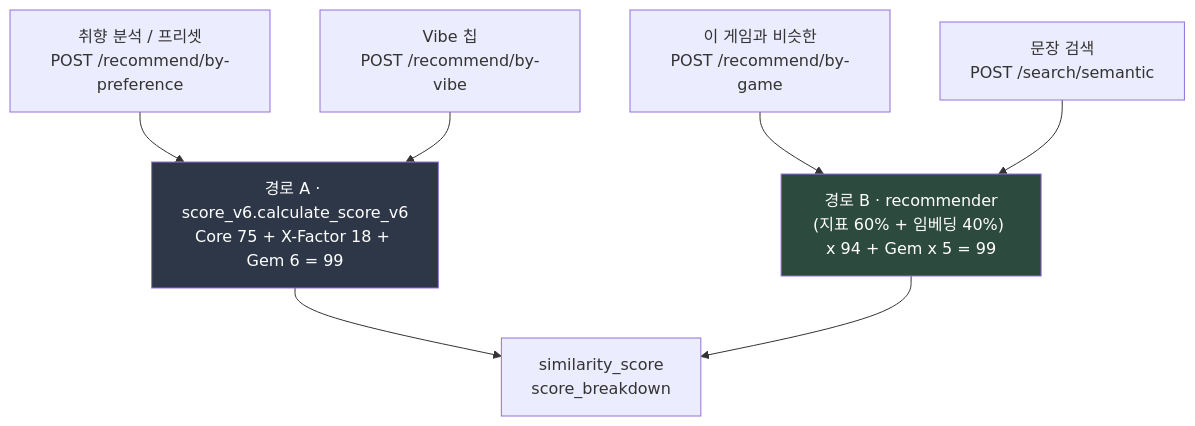
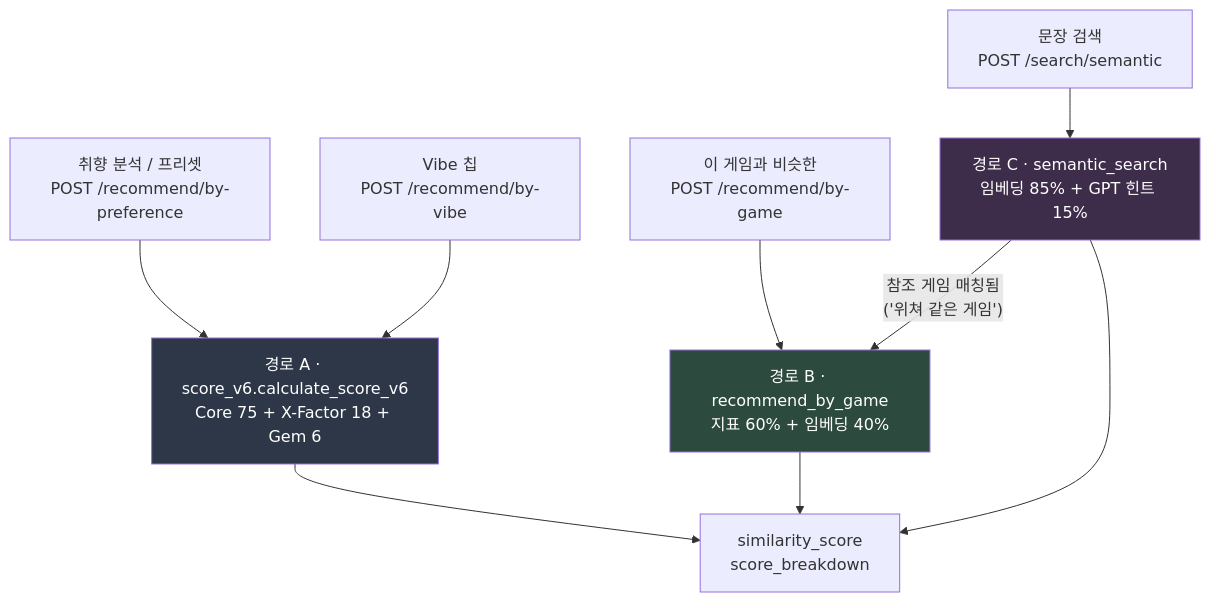
One commit to juntae0123/hidden-gem changed the first of 10 diagrams in docs/scoring_mechanism_asis.md. Above: the diagram before and after it, drawn with Mermaid. The commit also changed other lines of this file and 1 other file, not shown here.

First line of the commit message:
feat(snapshot): 점수 구성요소 분산 분석 + 실측 결과 — X-Factor 는 전원 포화된 상수 가산이다

````diff
--- a/docs/scoring_mechanism_asis.md
+++ b/docs/scoring_mechanism_asis.md
@@ -15,16 +15,20 @@
 ```mermaid
 flowchart TD
     U1["취향 분석 / 프리셋<br/>POST /recommend/by-preference"] --> P1
     U2["Vibe 칩<br/>POST /recommend/by-vibe"] --> P1
     U3["이 게임과 비슷한<br/>POST /recommend/by-game"] --> P2
-    U4["문장 검색<br/>POST /search/semantic"] --> P2
+    U4["문장 검색<br/>POST /search/semantic"] --> P3
+    P3 -->|"참조 게임 매칭됨<br/>('위쳐 같은 게임')"| P2
 
-    P1["경로 A · score_v6.calculate_score_v6<br/>Core 75 + X-Factor 18 + Gem 6 = 99"]
-    P2["경로 B · recommender<br/>(지표 60% + 임베딩 40%) x 94 + Gem x 5 = 99"]
+    P1["경로 A · score_v6.calculate_score_v6<br/>Core 75 + X-Factor 18 + Gem 6"]
+    P2["경로 B · recommend_by_game<br/>지표 60% + 임베딩 40%"]
+    P3["경로 C · semantic_search<br/>임베딩 85% + GPT 힌트 15%"]
 
     P1 --> OUT["similarity_score<br/>score_breakdown"]
     P2 --> OUT
+    P3 --> OUT
 
     style P1 fill:#2d3748,color:#fff
     style P2 fill:#2d4a3e,color:#fff
+    style P3 fill:#3e2d4a,color:#fff
 ```
````
